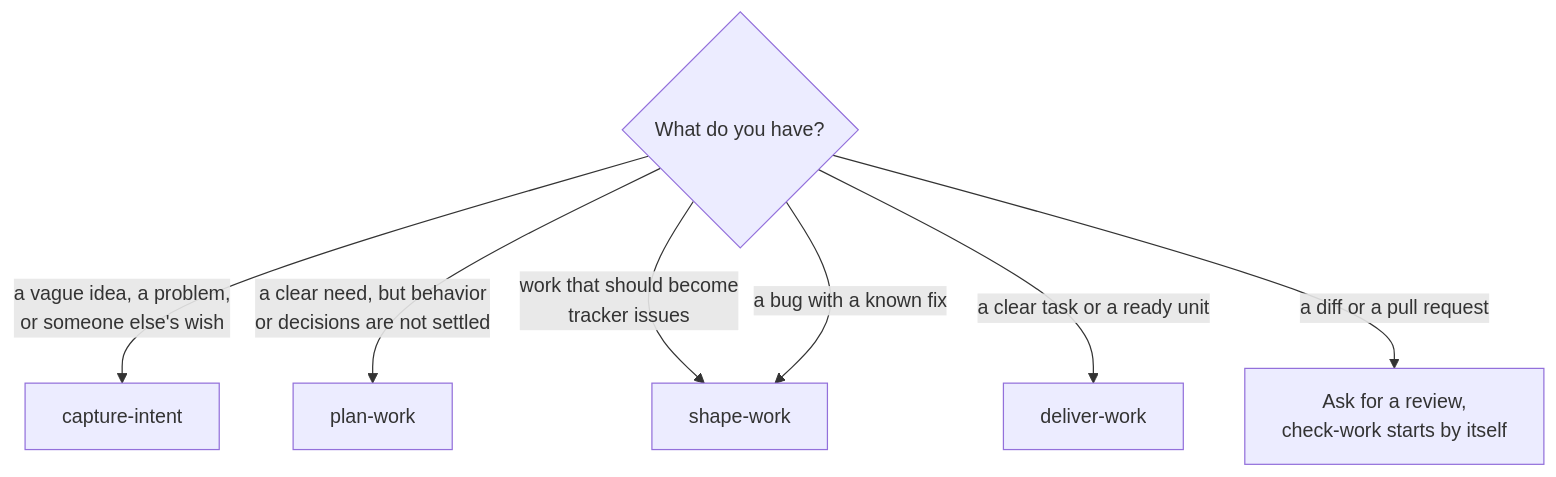
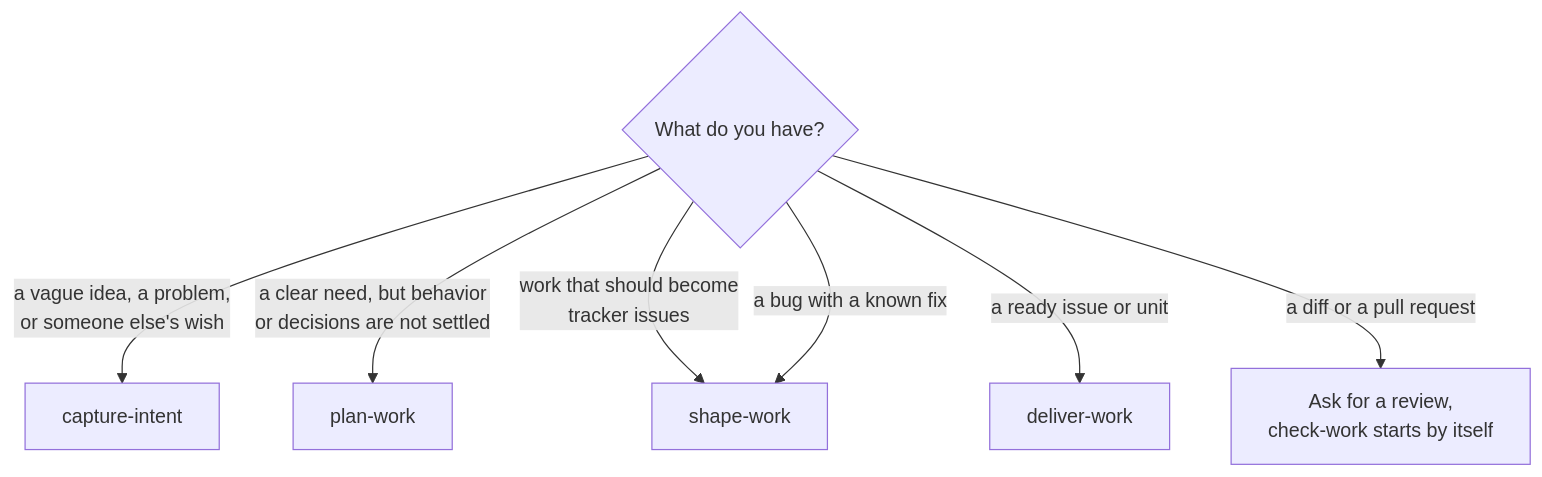
The diagram in docs-site/guide/where-to-start.md (sockulags/agent-os), drawn with Mermaid before and after one commit. The commit also changed other lines of this file and 4 other files, not shown here.

````diff
--- a/docs-site/guide/where-to-start.md
+++ b/docs-site/guide/where-to-start.md
@@ -13,9 +13,9 @@
 ```mermaid
 flowchart TD
     A{"What do you have?"} -->|"a vague idea, a problem,<br>or someone else's wish"| B["capture-intent"]
     A -->|"a clear need, but behavior<br>or decisions are not settled"| C["plan-work"]
     A -->|"work that should become<br>tracker issues"| D["shape-work"]
-    A -->|"a clear task or a ready unit"| E["deliver-work"]
+    A -->|"a ready issue or unit"| E["deliver-work"]
     A -->|"a bug with a known fix"| D
     A -->|"a diff or a pull request"| G["Ask for a review,<br>check-work starts by itself"]
 ```
````
